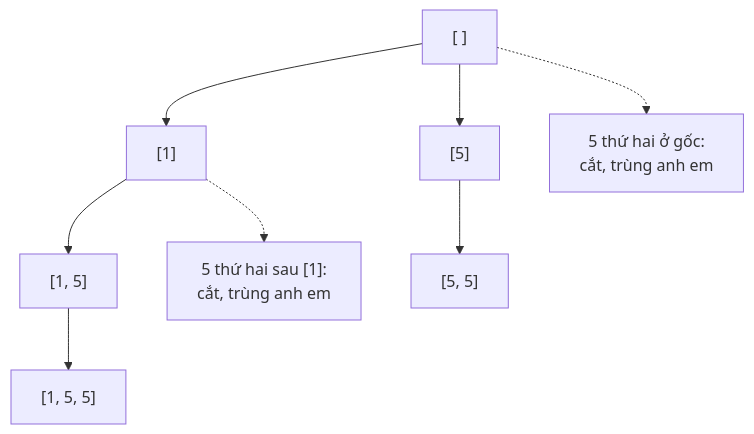
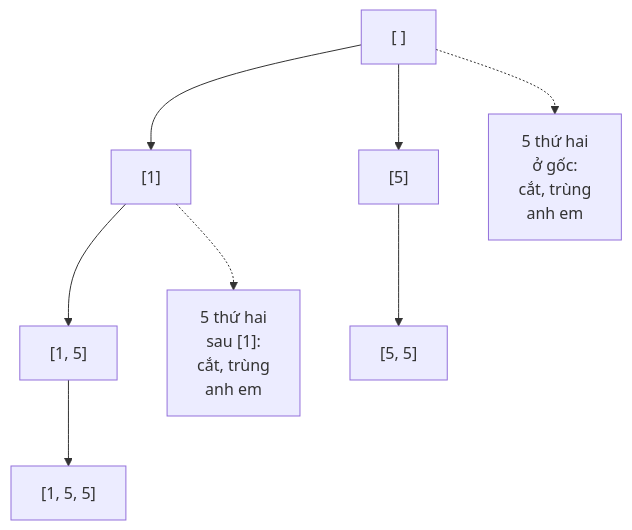
Before and after one commit to duongbui234/software-engineering-atlas: the diagram in content/problems/subsets-ii.md, drawn with Mermaid. The commit also changed 134 other files, not shown here.

First line of the commit message:
Fit every Mermaid diagram at 390px without sideways scroll (#56)

````diff
--- a/content/problems/subsets-ii.md
+++ b/content/problems/subsets-ii.md
@@ -49,18 +49,18 @@
 ```mermaid
 flowchart TB
   R["[ ]"]
   A["[1]"]
   B["[5]"]
-  X["5 thứ hai ở gốc:<br/>cắt, trùng anh em"]
+  X["5 thứ hai<br/>ở gốc:<br/>cắt, trùng<br/>anh em"]
   AB["[1, 5]"]
   BB["[5, 5]"]
   ABB["[1, 5, 5]"]
-  Y["5 thứ hai sau [1]:<br/>cắt, trùng anh em"]
+  Y["5 thứ hai<br/>sau [1]:<br/>cắt, trùng<br/>anh em"]
   R --> A
   R --> B
   R -.-> X
   A --> AB
   A -.-> Y
   B --> BB
   AB --> ABB
 ```
````
